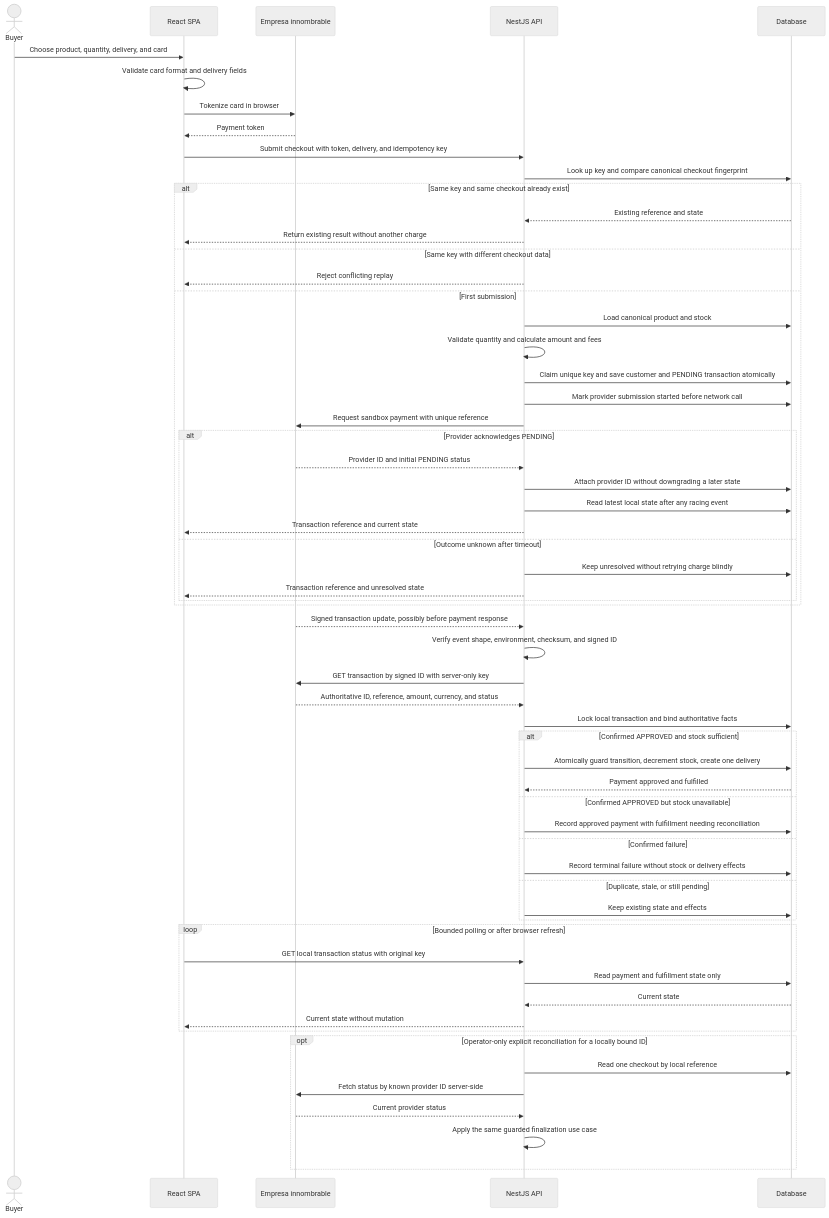
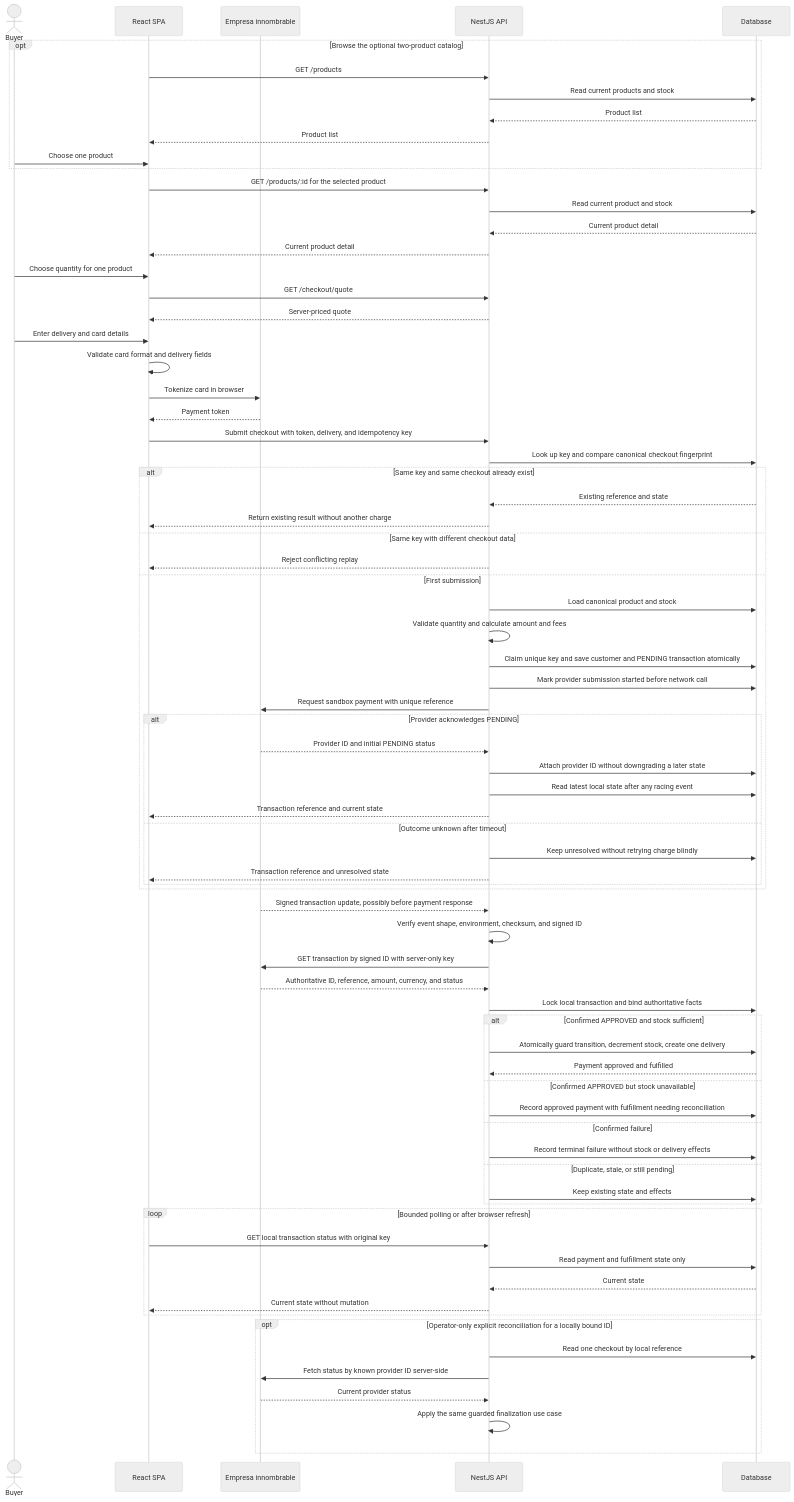
One commit to alexanderbeleno16/product-payment changed the third of 5 diagrams in README.md. Above: the diagram before and after it, drawn with Mermaid (neutral theme). The commit also changed other lines of this file and 1 other file, not shown here.

Commit message:
docs: align catalog and gallery guidance with implementation

````diff
--- a/README.md
+++ b/README.md
@@ -58,66 +60,80 @@
 ```mermaid
 sequenceDiagram
     actor Buyer
     participant SPA as React SPA
     participant Provider as Empresa innombrable
     participant API as NestJS API
     participant DB as Database
 
-    Buyer->>SPA: Choose product, quantity, delivery, and card
+    opt Browse the optional two-product catalog
+        SPA->>API: GET /products
+        API->>DB: Read current products and stock
+        DB-->>API: Product list
+        API-->>SPA: Product list
+        Buyer->>SPA: Choose one product
+    end
+    SPA->>API: GET /products/:id for the selected product
+    API->>DB: Read current product and stock
+    DB-->>API: Current product detail
+    API-->>SPA: Current product detail
+    Buyer->>SPA: Choose quantity for one product
+    SPA->>API: GET /checkout/quote
+    API-->>SPA: Server-priced quote
+    Buyer->>SPA: Enter delivery and card details
     SPA->>SPA: Validate card format and delivery fields
     SPA->>Provider: Tokenize card in browser
     Provider-->>SPA: Payment token
     SPA->>API: Submit checkout with token, delivery, and idempotency key
     API->>DB: Look up key and compare canonical checkout fingerprint
     alt Same key and same checkout already exist
         DB-->>API: Existing reference and state
         API-->>SPA: Return existing result without another charge
     else Same key with different checkout data
         API-->>SPA: Reject conflicting replay
     else First submission
         API->>DB: Load canonical product and stock
         API->>API: Validate quantity and calculate amount and fees
         API->>DB: Claim unique key and save customer and PENDING transaction atomically
         API->>DB: Mark provider submission started before network call
         API->>Provider: Request sandbox payment with unique reference
         alt Provider acknowledges PENDING
             Provider-->>API: Provider ID and initial PENDING status
             API->>DB: Attach provider ID without downgrading a later state
             API->>DB: Read latest local state after any racing event
             API-->>SPA: Transaction reference and current state
         else Outcome unknown after timeout
             API->>DB: Keep unresolved without retrying charge blindly
             API-->>SPA: Transaction reference and unresolved state
         end
     end
 
     Provider-->>API: Signed transaction update, possibly before payment response
     API->>API: Verify event shape, environment, checksum, and signed ID
     API->>Provider: GET transaction by signed ID with server-only key
     Provider-->>API: Authoritative ID, reference, amount, currency, and status
     API->>DB: Lock local transaction and bind authoritative facts
     alt Confirmed APPROVED and stock sufficient
         API->>DB: Atomically guard transition, decrement stock, create one delivery
         DB-->>API: Payment approved and fulfilled
     else Confirmed APPROVED but stock unavailable
         API->>DB: Record approved payment with fulfillment needing reconciliation
     else Confirmed failure
         API->>DB: Record terminal failure without stock or delivery effects
     else Duplicate, stale, or still pending
         API->>DB: Keep existing state and effects
     end
 
     loop Bounded polling or after browser refresh
         SPA->>API: GET local transaction status with original key
         API->>DB: Read payment and fulfillment state only
         DB-->>API: Current state
         API-->>SPA: Current state without mutation
     end
 
     opt Operator-only explicit reconciliation for a locally bound ID
         API->>DB: Read one checkout by local reference
         API->>Provider: Fetch status by known provider ID server-side
         Provider-->>API: Current provider status
         API->>API: Apply the same guarded finalization use case
     end
 ```
````
